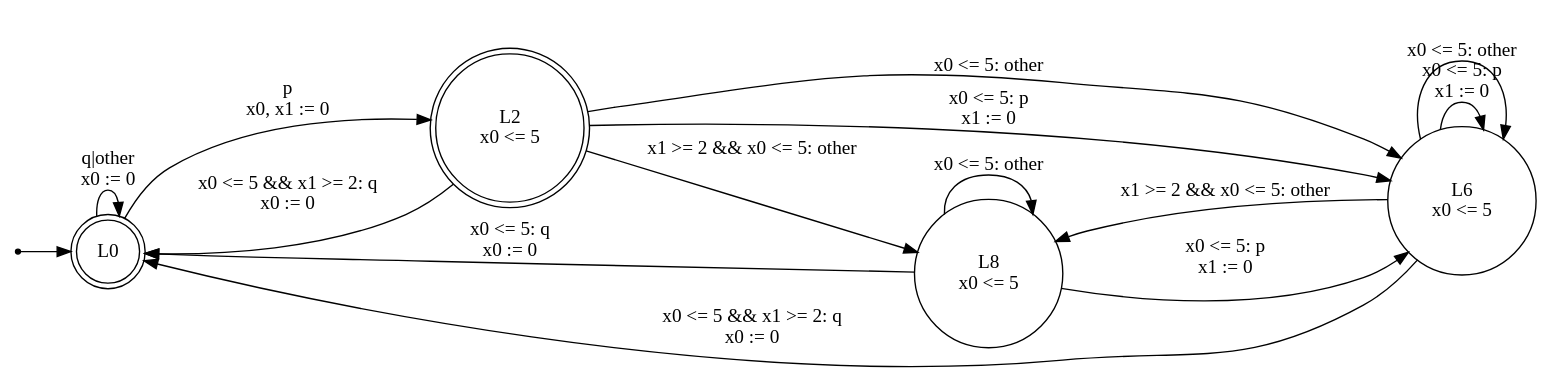
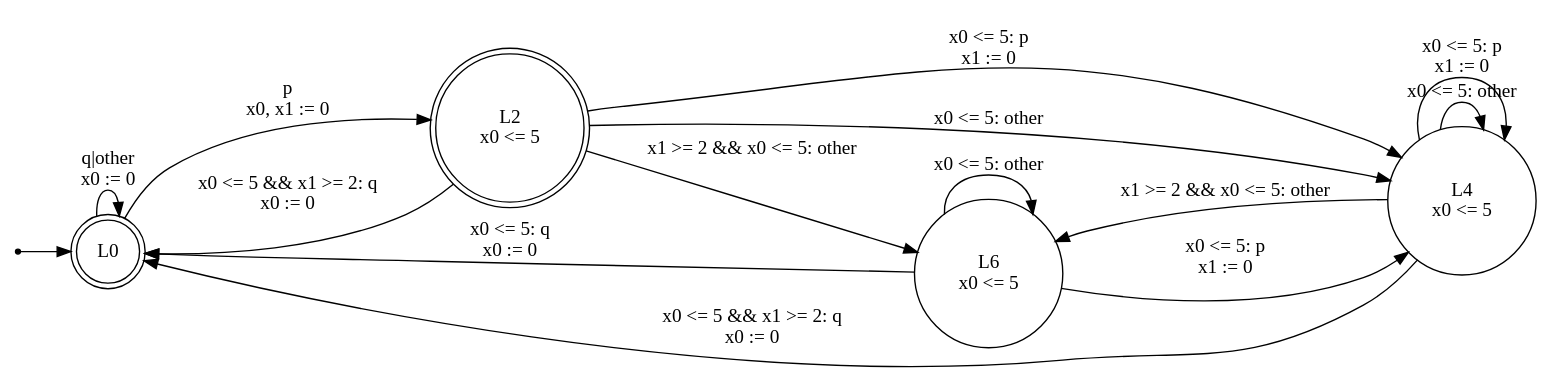
The diagram in evaluation/out/F12.dot (efares1/rocq-tba-optimization-uppaal-export), drawn with Graphviz before and after one commit. The commit also changed 268 other files, not shown here.

```diff
--- a/evaluation/out/F12.dot
+++ b/evaluation/out/F12.dot
@@ -1,23 +1,23 @@
 digraph TA {
   rankdir=LR;
   node [shape=circle];
   init [shape=point];
   init -> L0;
   L0 [shape=doublecircle, label="L0"];
   L2 [shape=doublecircle, label="L2\nx0 <= 5"];
+  L4 [shape=circle, label="L4\nx0 <= 5"];
   L6 [shape=circle, label="L6\nx0 <= 5"];
-  L8 [shape=circle, label="L8\nx0 <= 5"];
   L0 -> L0 [label="q|other\nx0 := 0"];
   L0 -> L2 [label="p\nx0, x1 := 0"];
   L2 -> L0 [label="x0 <= 5 && x1 >= 2: q\nx0 := 0"];
-  L2 -> L6 [label="x0 <= 5: p\nx1 := 0"];
-  L2 -> L6 [label="x0 <= 5: other"];
-  L2 -> L8 [label="x1 >= 2 && x0 <= 5: other"];
-  L6 -> L0 [label="x0 <= 5 && x1 >= 2: q\nx0 := 0"];
-  L6 -> L6 [label="x0 <= 5: p\nx1 := 0"];
+  L2 -> L4 [label="x0 <= 5: other"];
+  L2 -> L4 [label="x0 <= 5: p\nx1 := 0"];
+  L2 -> L6 [label="x1 >= 2 && x0 <= 5: other"];
+  L4 -> L0 [label="x0 <= 5 && x1 >= 2: q\nx0 := 0"];
+  L4 -> L4 [label="x0 <= 5: other"];
+  L4 -> L4 [label="x0 <= 5: p\nx1 := 0"];
+  L4 -> L6 [label="x1 >= 2 && x0 <= 5: other"];
+  L6 -> L0 [label="x0 <= 5: q\nx0 := 0"];
+  L6 -> L4 [label="x0 <= 5: p\nx1 := 0"];
   L6 -> L6 [label="x0 <= 5: other"];
-  L6 -> L8 [label="x1 >= 2 && x0 <= 5: other"];
-  L8 -> L0 [label="x0 <= 5: q\nx0 := 0"];
-  L8 -> L6 [label="x0 <= 5: p\nx1 := 0"];
-  L8 -> L8 [label="x0 <= 5: other"];
 }
```
